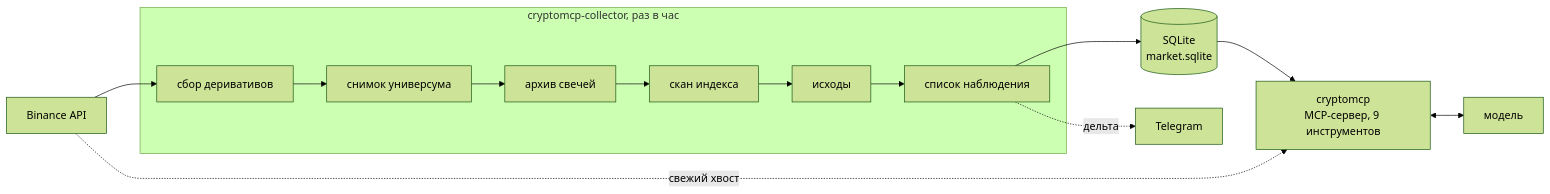
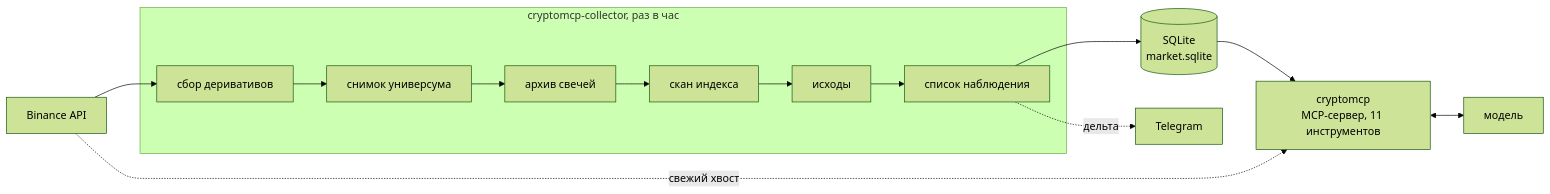
Before and after one commit to demosfen7/cryptomcp: the first of 5 diagrams in ARCHITECTURE.md, drawn with Mermaid (forest theme). The commit also changed other lines of this file and 7 other files, not shown here.

````diff
--- a/ARCHITECTURE.md
+++ b/ARCHITECTURE.md
@@ -19,26 +19,26 @@
 ```mermaid
 flowchart LR
     B["Binance API"]
 
     subgraph collector["cryptomcp-collector, раз в час"]
         C1["сбор деривативов"]
         C2["снимок универсума"]
         C3["архив свечей"]
         C4["скан индекса"]
         C5["исходы"]
         C6["список наблюдения"]
     end
 
     DB[("SQLite<br/>market.sqlite")]
 
-    S1["cryptomcp<br/>MCP-сервер, 9 инструментов"]
+    S1["cryptomcp<br/>MCP-сервер, 11 инструментов"]
     TG["Telegram"]
     LLM["модель"]
 
     B --> C1 --> C2 --> C3 --> C4 --> C5 --> C6
     C6 --> DB
     C6 -.дельта.-> TG
     DB --> S1
     B -.свежий хвост.-> S1
     S1 <--> LLM
 ```
````
